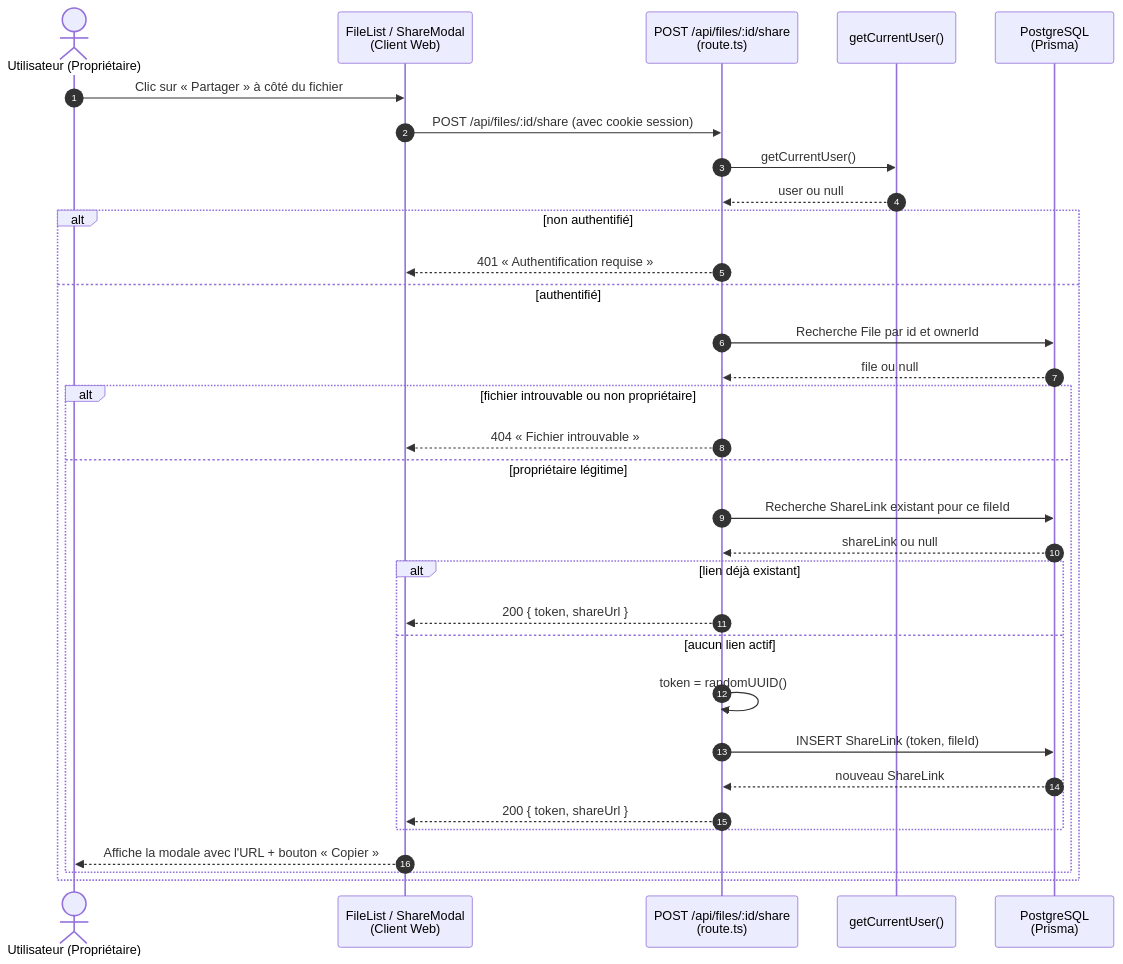
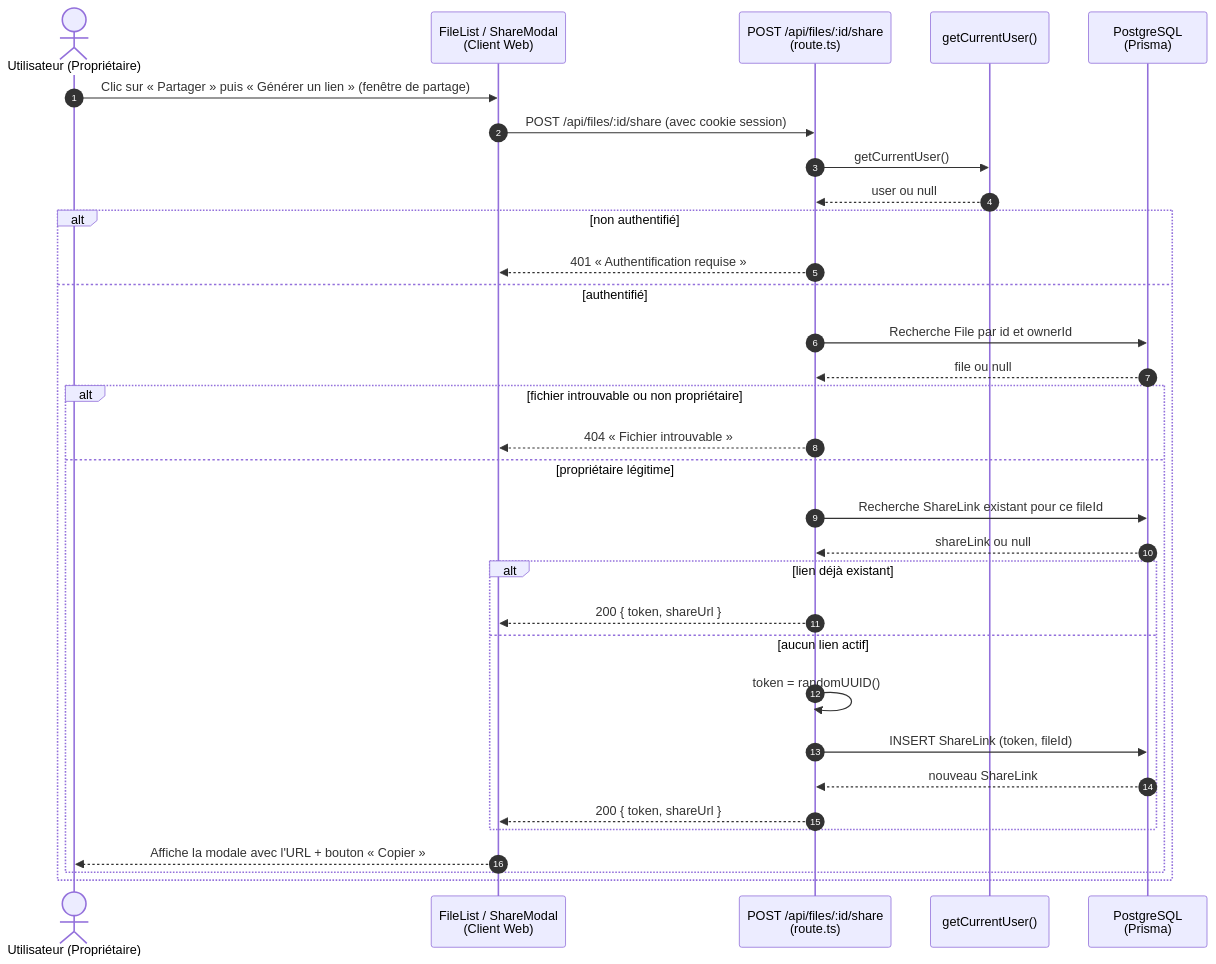
One commit to z0ja/processus-developpement-logiciel changed the first of 2 diagrams in docs/modelisation/sequence-us-c1-partage.md. Above: the diagram before and after it, drawn with Mermaid. The commit also changed 14 other files, not shown here.

First line of the commit message:
feat: US-C2 partage d'un fichier avec un autre utilisateur du service

````diff
--- a/docs/modelisation/sequence-us-c1-partage.md
+++ b/docs/modelisation/sequence-us-c1-partage.md
@@ -12,36 +12,36 @@
 ```mermaid
 sequenceDiagram
     autonumber
     actor U as Utilisateur (Propriétaire)
     participant UI as FileList / ShareModal<br/>(Client Web)
     participant R as POST /api/files/:id/share<br/>(route.ts)
     participant CU as getCurrentUser()
     participant DB as PostgreSQL<br/>(Prisma)
 
-    U->>UI: Clic sur « Partager » à côté du fichier
+    U->>UI: Clic sur « Partager » puis « Générer un lien » (fenêtre de partage)
     UI->>R: POST /api/files/:id/share (avec cookie session)
     R->>CU: getCurrentUser()
     CU-->>R: user ou null
 
     alt non authentifié
         R-->>UI: 401 « Authentification requise »
     else authentifié
         R->>DB: Recherche File par id et ownerId
         DB-->>R: file ou null
         alt fichier introuvable ou non propriétaire
             R-->>UI: 404 « Fichier introuvable »
         else propriétaire légitime
             R->>DB: Recherche ShareLink existant pour ce fileId
             DB-->>R: shareLink ou null
             alt lien déjà existant
                 R-->>UI: 200 { token, shareUrl }
             else aucun lien actif
                 R->>R: token = randomUUID()
                 R->>DB: INSERT ShareLink (token, fileId)
                 DB-->>R: nouveau ShareLink
                 R-->>UI: 200 { token, shareUrl }
             end
             UI-->>U: Affiche la modale avec l'URL + bouton « Copier »
         end
     end
 ```
````
